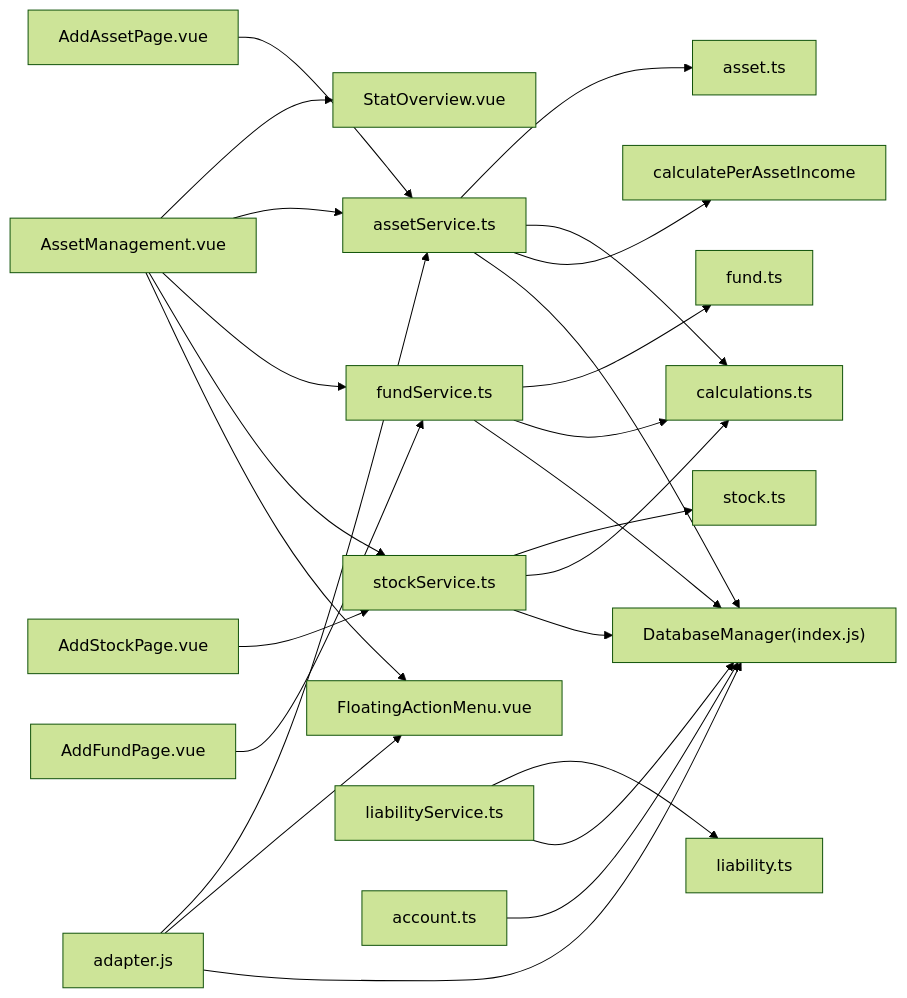
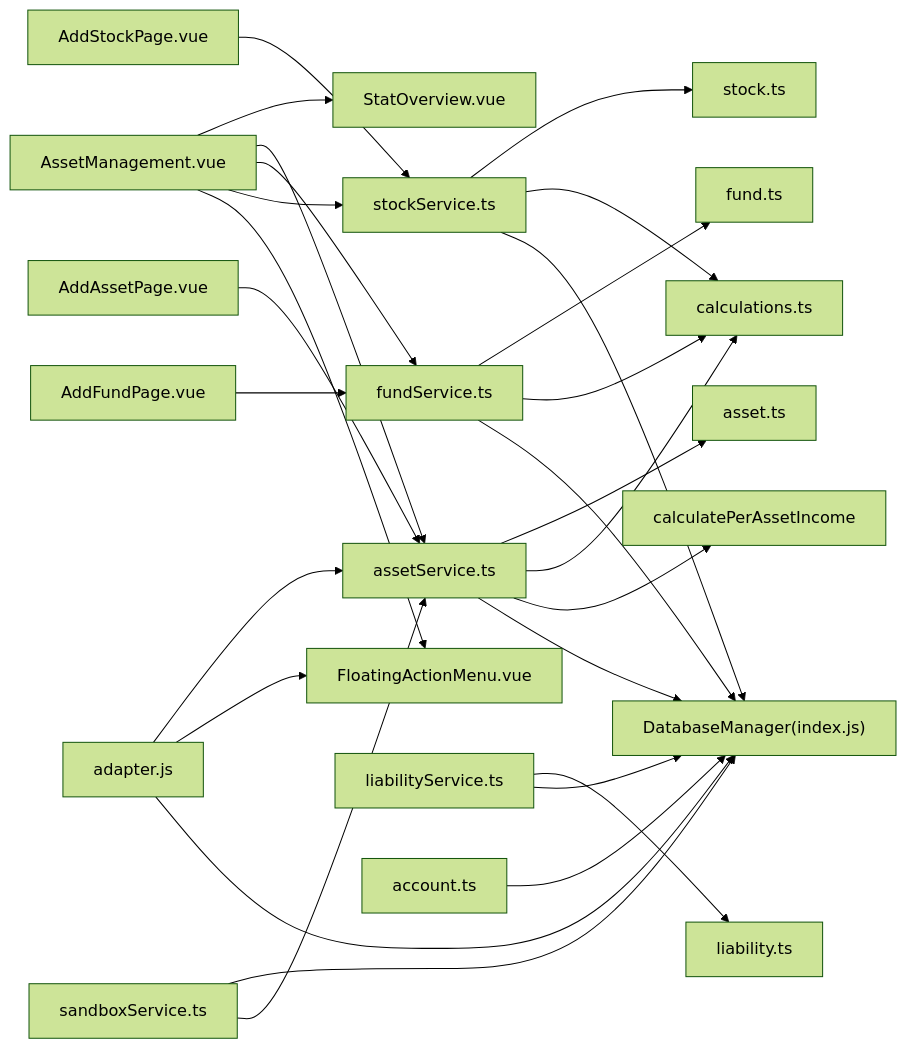
One commit to xiao-lin-unit/yuan changed diagram 15 of 15 in .qoder/repowiki/zh/content/资产管理/资产管理.md. Above: the diagram before and after it, drawn with Mermaid (forest theme). The commit also changed other lines of this file and 51 other files, not shown here.

````diff
--- a/.qoder/repowiki/zh/content/资产管理/资产管理.md
+++ b/.qoder/repowiki/zh/content/资产管理/资产管理.md
@@ -736,27 +762,29 @@
 ```mermaid
 graph LR
 AM["AssetManagement.vue"] --> SO["StatOverview.vue"]
 AM --> AS["assetService.ts"]
 AM --> FS["fundService.ts"]
 AM --> SS["stockService.ts"]
 AM --> FAM["FloatingActionMenu.vue"]
 AAS["AddAssetPage.vue"] --> AS
 ADP["AssetDetailPage.vue"] --> AS
 ADP --> FAM
 ASP["AddStockPage.vue"] --> SS
 AFP["AddFundPage.vue"] --> FS
 AS --> AT["asset.ts"]
 SS --> STT["stock.ts"]
 FS --> FT["fund.ts"]
 LS["liabilityService.ts"] --> LT["liability.ts"]
 AS --> CAL["calculations.ts"]
 AS --> ENDCAL["calculatePerAssetIncome"]
 SS --> CAL
 FS --> CAL
 AS --> DB["DatabaseManager(index.js)"]
 SS --> DB
 FS --> DB
 LS --> DB
 ACC["account.ts"] --> DB
 ADP["adapter.js"] --> DB
+SAN["sandboxService.ts"] --> DB
+SAN --> AS
 ```
````
